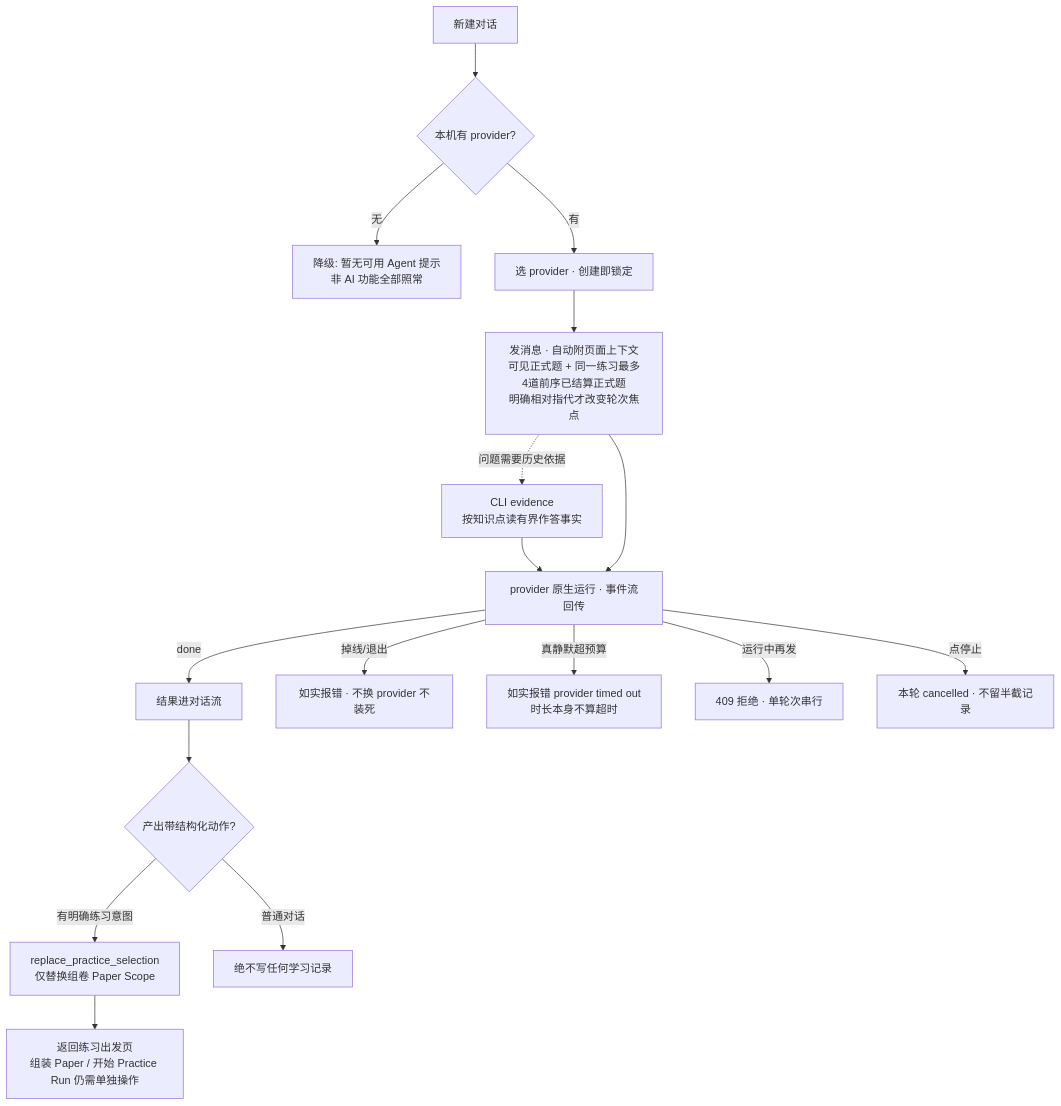
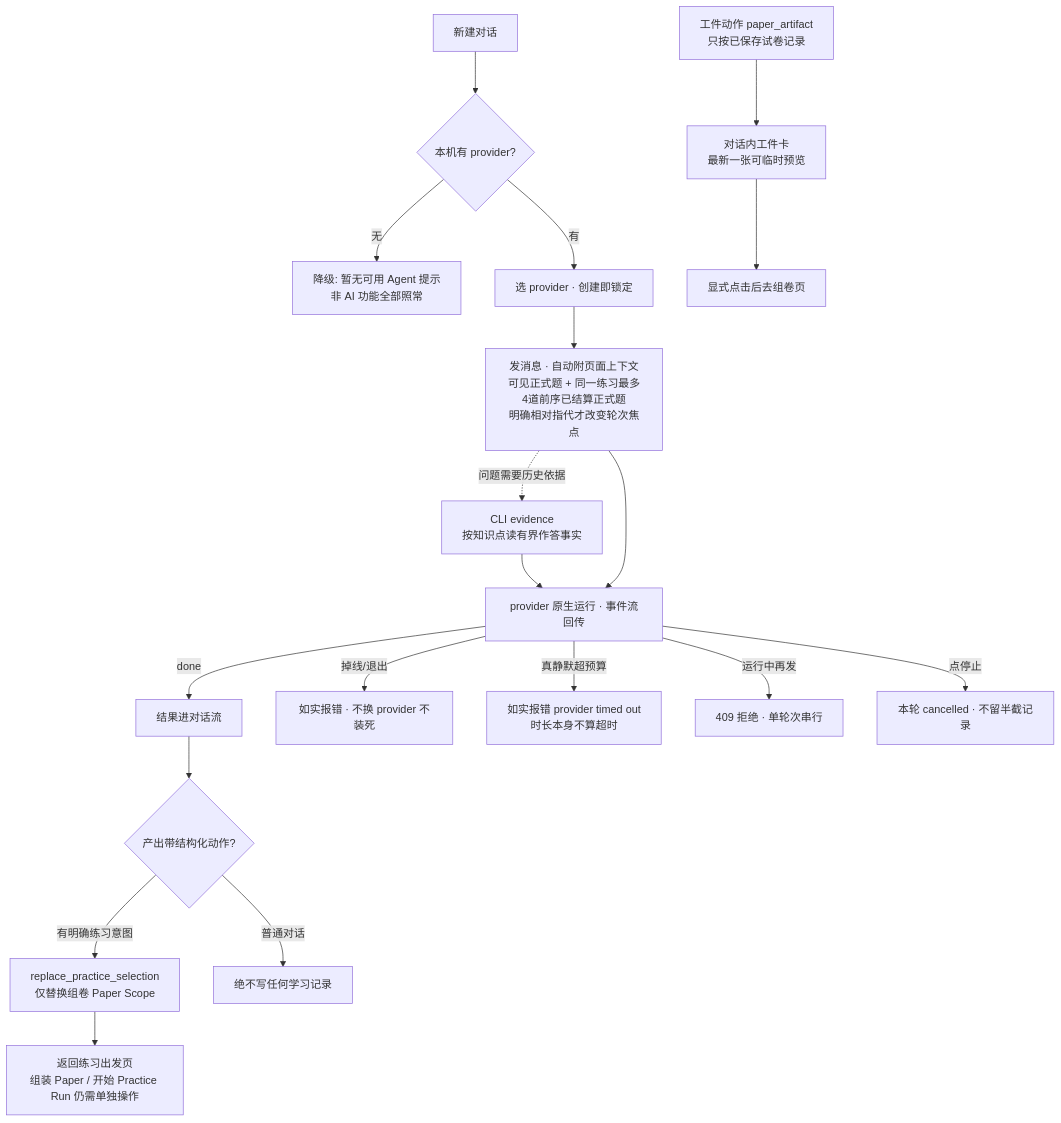
The fourth of 10 diagrams in docs/action-graph/L4-workflows.md (Amazinnn/Lesson-Kit), drawn with Mermaid before and after one commit. The commit also changed 7 other files, not shown here.

````diff
--- a/docs/action-graph/L4-workflows.md
+++ b/docs/action-graph/L4-workflows.md
@@ -99,19 +99,21 @@
 ```mermaid
 flowchart TD
   A[新建对话] --> B{本机有 provider?}
   B -- 无 --> Z1[降级: 暂无可用 Agent 提示<br/>非 AI 功能全部照常]
   B -- 有 --> C[选 provider · 创建即锁定]
   C --> D[发消息 · 自动附页面上下文<br/>可见正式题 + 同一练习最多4道前序已结算正式题<br/>明确相对指代才改变轮次焦点]
   D -. 问题需要历史依据 .-> D1[CLI evidence<br/>按知识点读有界作答事实]
   D1 --> E
   D --> E[provider 原生运行 · 事件流回传]
   E -- done --> F[结果进对话流]
   E -- 掉线/退出 --> F1[如实报错 · 不换 provider 不装死]
   E -- 真静默超预算 --> F4[如实报错 provider timed out<br/>时长本身不算超时]
   E -- 运行中再发 --> F2[409 拒绝 · 单轮次串行]
   E -- 点停止 --> F3[本轮 cancelled · 不留半截记录]
   F --> G{产出带结构化动作?}
   G -- 有明确练习意图 --> H[replace_practice_selection<br/>仅替换组卷 Paper Scope]
   H --> H1[返回练习出发页<br/>组装 Paper / 开始 Practice Run 仍需单独操作]
   G -- 普通对话 --> I[绝不写任何学习记录]
+  A5[工件动作 paper_artifact<br/>只按已保存试卷记录] --> A6[对话内工件卡<br/>最新一张可临时预览]
+  A6 --> A7[显式点击后去组卷页]
 ```
````
